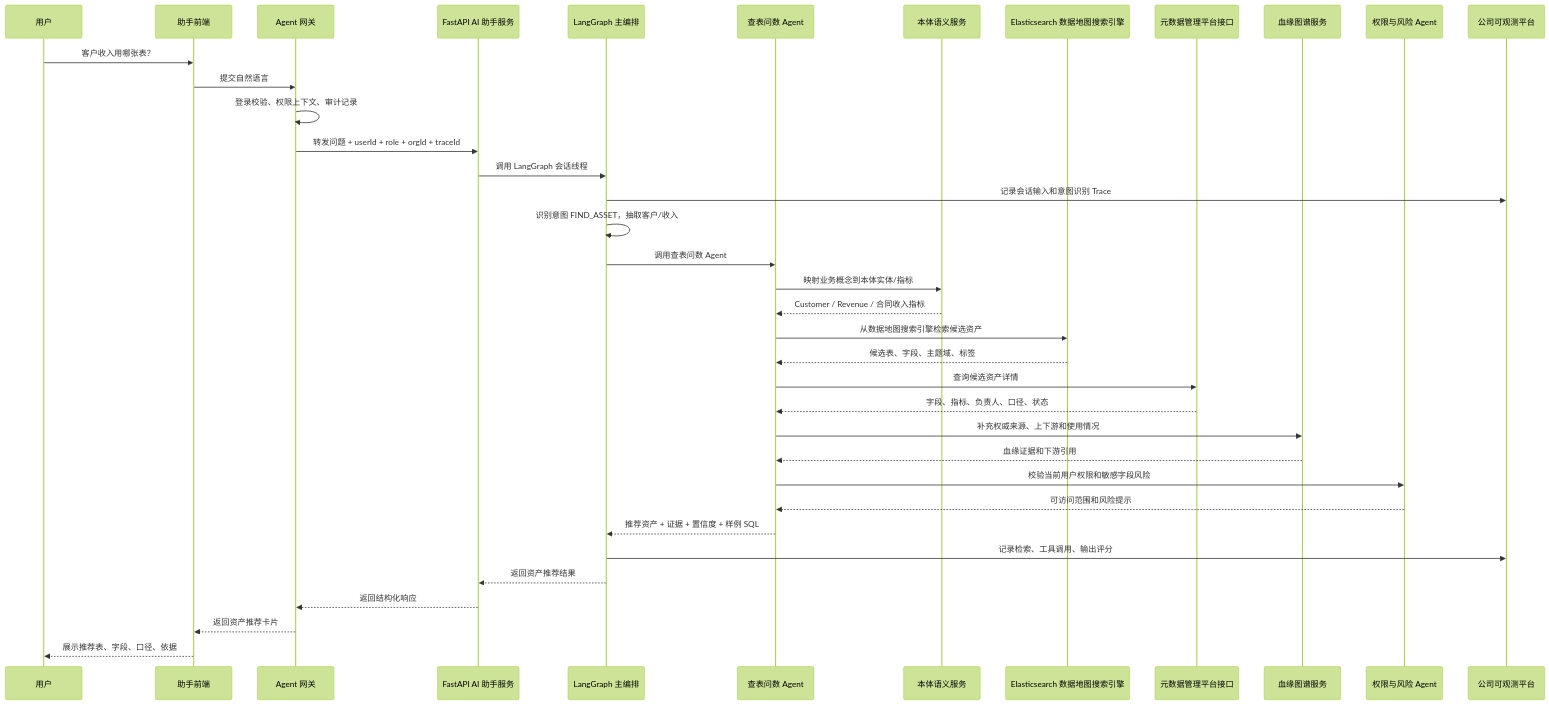
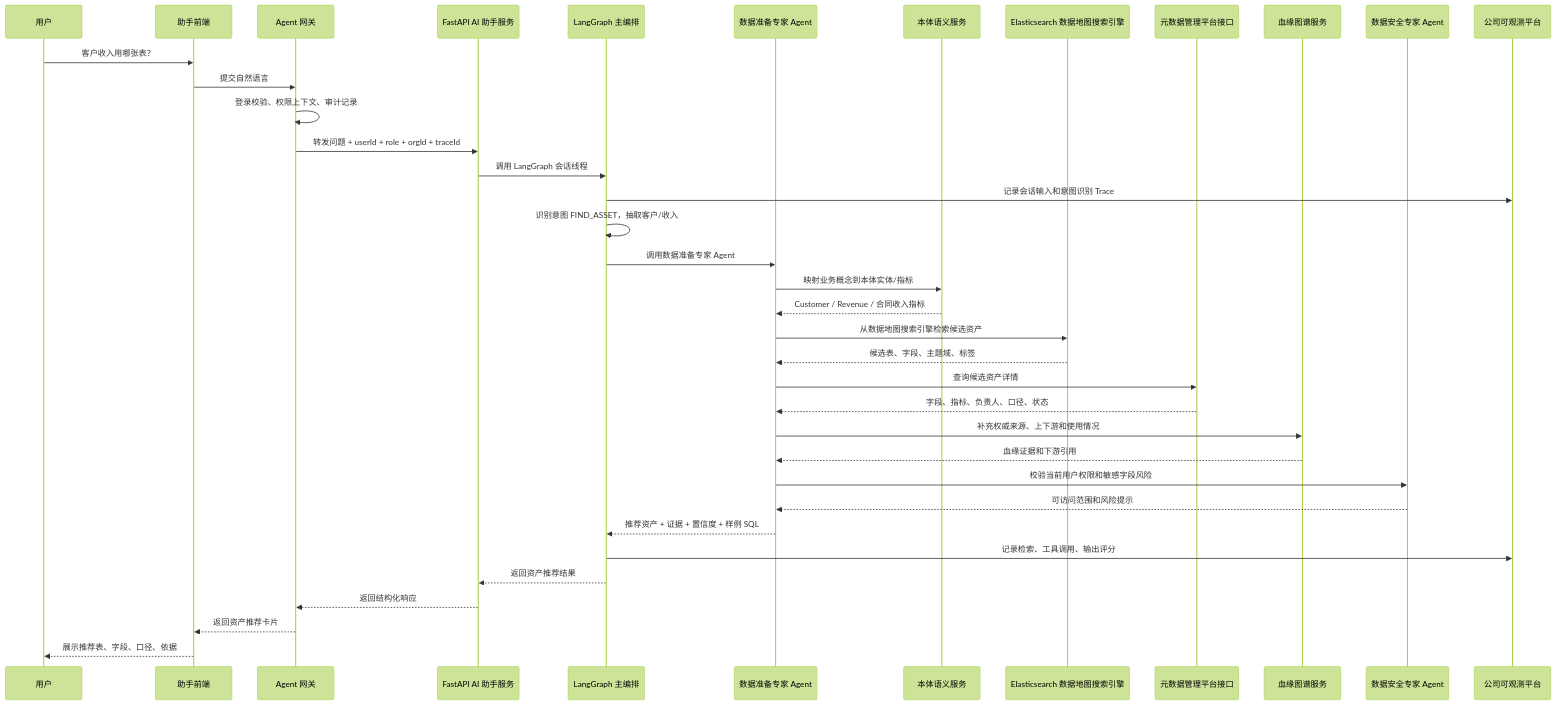
One commit to ShaneLiu001/dataasset changed the third of 8 diagrams in 数据资产助手/90-附录-数据资产助手典型场景数据流.md. Above: the diagram before and after it, drawn with Mermaid (forest theme). The commit also changed other lines of this file and 23 other files, not shown here.

````diff
--- a/数据资产助手/90-附录-数据资产助手典型场景数据流.md
+++ b/数据资产助手/90-附录-数据资产助手典型场景数据流.md
@@ -126,40 +123,40 @@
 ```mermaid
 sequenceDiagram
   participant U as 用户
   participant FE as 助手前端
   participant GW as Agent 网关
   participant API as FastAPI AI 助手服务
   participant R as LangGraph 主编排
-  participant S as 查表问数 Agent
+  participant S as 数据准备专家 Agent
   participant O as 本体语义服务
   participant ES as Elasticsearch 数据地图搜索引擎
   participant M as 元数据管理平台接口
   participant L as 血缘图谱服务
-  participant P as 权限与风险 Agent
+  participant P as 数据安全专家 Agent
   participant LF as 公司可观测平台
 
   U->>FE: 客户收入用哪张表？
   FE->>GW: 提交自然语言
   GW->>GW: 登录校验、权限上下文、审计记录
   GW->>API: 转发问题 + userId + role + orgId + traceId
   API->>R: 调用 LangGraph 会话线程
   R->>LF: 记录会话输入和意图识别 Trace
   R->>R: 识别意图 FIND_ASSET，抽取客户/收入
-  R->>S: 调用查表问数 Agent
+  R->>S: 调用数据准备专家 Agent
   S->>O: 映射业务概念到本体实体/指标
   O-->>S: Customer / Revenue / 合同收入指标
   S->>ES: 从数据地图搜索引擎检索候选资产
   ES-->>S: 候选表、字段、主题域、标签
   S->>M: 查询候选资产详情
   M-->>S: 字段、指标、负责人、口径、状态
   S->>L: 补充权威来源、上下游和使用情况
   L-->>S: 血缘证据和下游引用
   S->>P: 校验当前用户权限和敏感字段风险
   P-->>S: 可访问范围和风险提示
   S-->>R: 推荐资产 + 证据 + 置信度 + 样例 SQL
   R->>LF: 记录检索、工具调用、输出评分
   R-->>API: 返回资产推荐结果
   API-->>GW: 返回结构化响应
   GW-->>FE: 返回资产推荐卡片
   FE-->>U: 展示推荐表、字段、口径、依据
 ```
````
